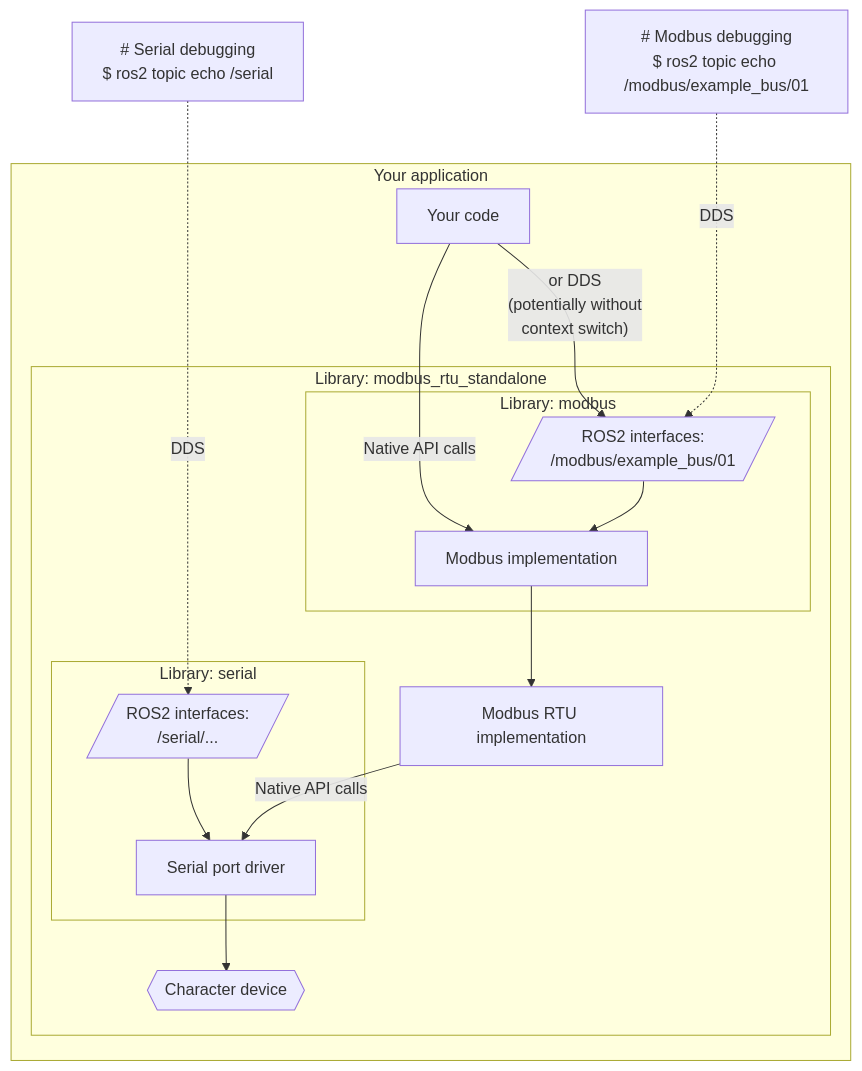
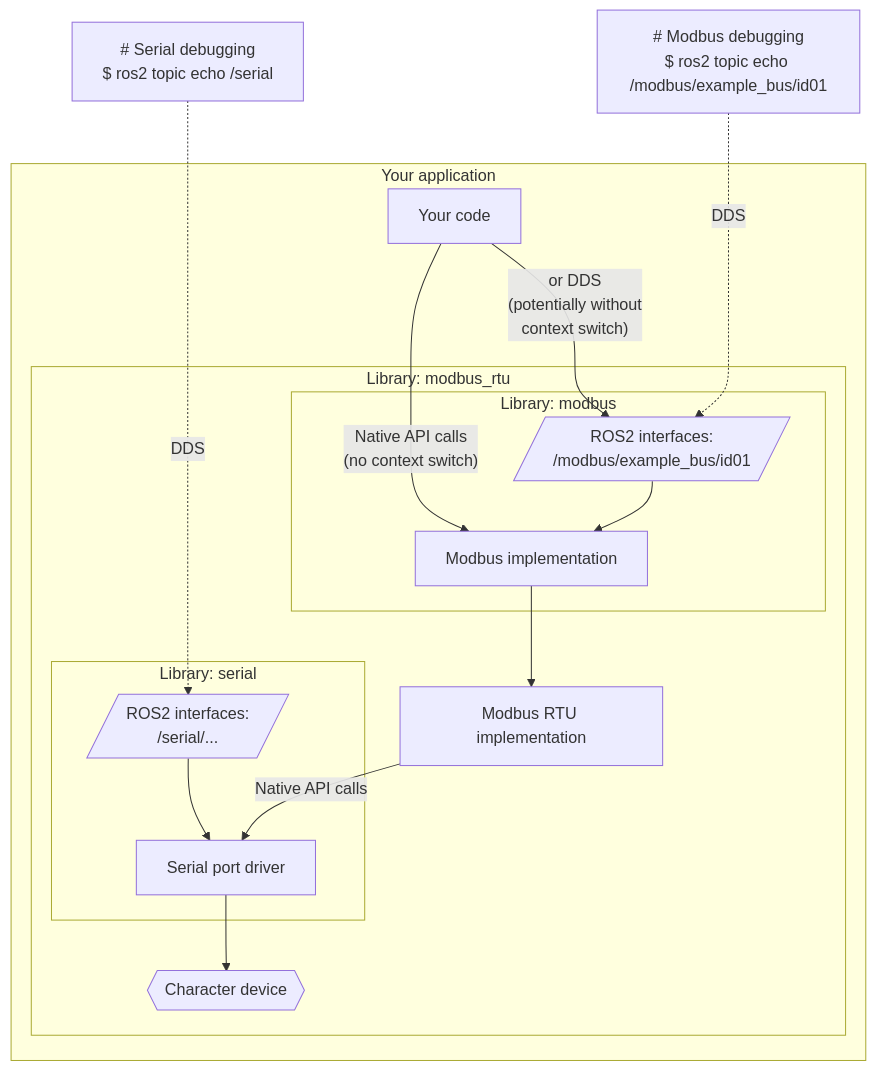
The second of 2 diagrams in README.md (openvmp/modbus_rtu), drawn with Mermaid before and after one commit. The commit also changed other lines of this file and 15 other files, not shown here.

````diff
--- a/README.md
+++ b/README.md
@@ -52,20 +89,20 @@
 ```mermaid
 flowchart TB
     cli_serial["# Serial debugging\n$ ros2 topic echo /serial"] -. "DDS" ....-> topic_serial[/ROS2 interfaces:\n/serial/.../]
     subgraph app["Your application"]
-      code["Your code"] -- "Native API calls" --> driver_modbus
+      code["Your code"] -- "Native API calls\n(no context switch)" --> driver_modbus
       code["Your code"] -- "or DDS\n(potentially without\ncontext switch)" --> topic_modbus
-      subgraph modbus_exe["Library: modbus_rtu_standalone"]
+      subgraph modbus_exe["Library: modbus_rtu"]
         subgraph modbus["Library: modbus"]
-          topic_modbus[/ROS2 interfaces:\n/modbus/example_bus/01/] --> driver_modbus["Modbus implementation"]
+          topic_modbus[/ROS2 interfaces:\n/modbus/example_bus/id01/] --> driver_modbus["Modbus implementation"]
         end
         subgraph serial["Library: serial"]
           topic_serial --> driver["Serial port driver"]
         end
         driver_modbus --> rtu["Modbus RTU implementation"]
         rtu -- "Native API calls" --> driver
         driver --> file{{"Character device"}}
       end
     end
-    cli["# Modbus debugging\n$ ros2 topic echo /modbus/example_bus/01"] -. "DDS" ..-> topic_modbus
+    cli["# Modbus debugging\n$ ros2 topic echo /modbus/example_bus/id01"] -. "DDS" ..-> topic_modbus
 ```
````
